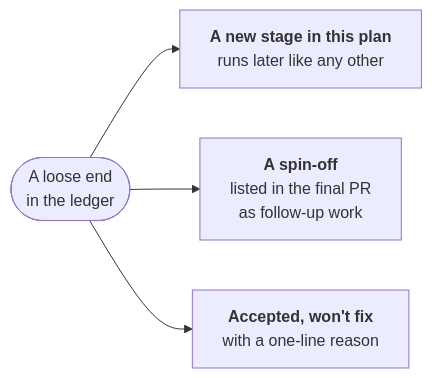
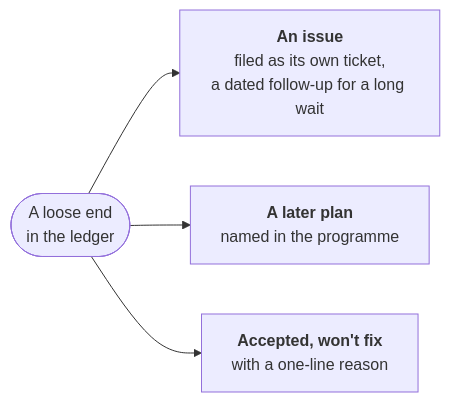
One commit to by-carlos/plan-staged-rollout changed the third of 5 diagrams in docs/staged-rollout.md. Above: the diagram before and after it, drawn with Mermaid. The commit also changed other lines of this file and 11 other files, not shown here.

````diff
--- a/docs/staged-rollout.md
+++ b/docs/staged-rollout.md
@@ -331,6 +332,6 @@
 ```mermaid
 flowchart LR
-    finding([A loose end<br/>in the ledger]) --> stage["<b>A new stage in this plan</b><br/>runs later like any other"]
-    finding --> spin["<b>A spin-off</b><br/>listed in the final PR<br/>as follow-up work"]
+    finding([A loose end<br/>in the ledger]) --> issue["<b>An issue</b><br/>filed as its own ticket,<br/>a dated follow-up for a long wait"]
+    finding --> later["<b>A later plan</b><br/>named in the programme"]
     finding --> wontfix["<b>Accepted, won't fix</b><br/>with a one-line reason"]
 ```
````
